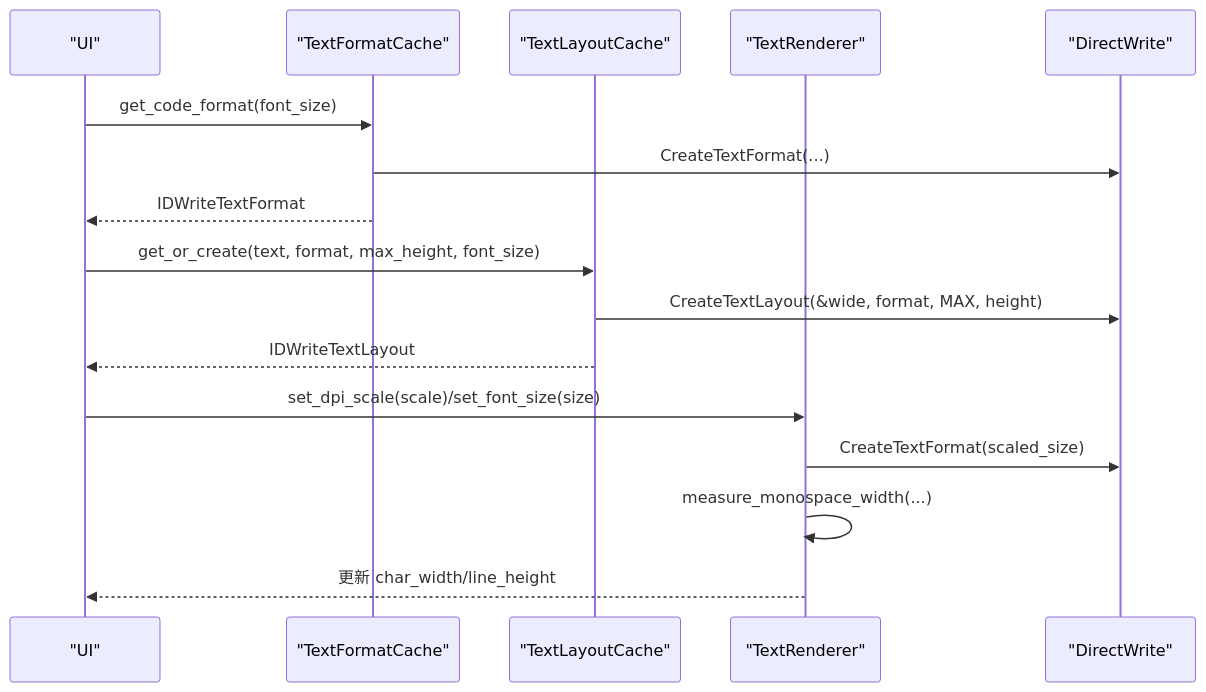
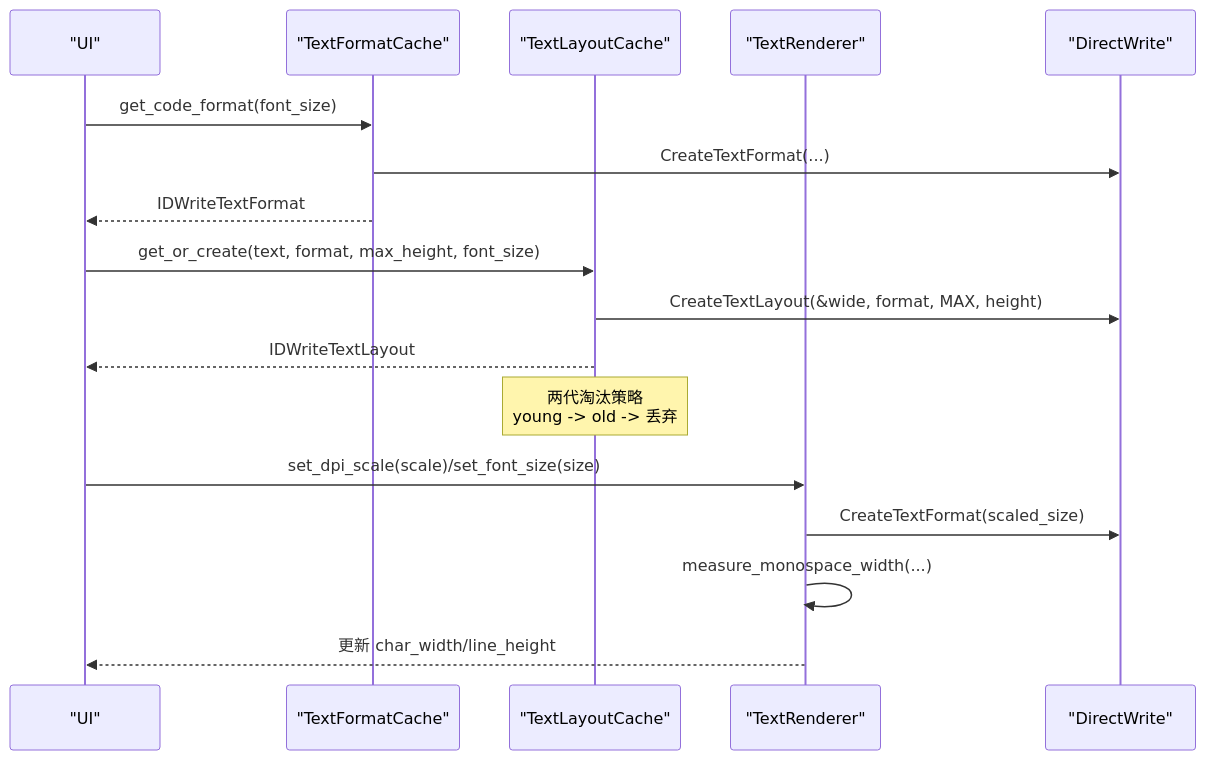
Before and after one commit to aetherstudio-cn/AetherStudio: the fifth of 8 diagrams in .qoder/repowiki/zh/content/渲染引擎/Direct2D 渲染.md, drawn with Mermaid. The commit also changed other lines of this file and 17 other files, not shown here.

````diff
--- a/.qoder/repowiki/zh/content/渲染引擎/Direct2D 渲染.md
+++ b/.qoder/repowiki/zh/content/渲染引擎/Direct2D 渲染.md
@@ -223,18 +236,19 @@
 ```mermaid
 sequenceDiagram
 participant UI as "UI"
 participant TFC as "TextFormatCache"
 participant TLC as "TextLayoutCache"
 participant TR as "TextRenderer"
 participant DW as "DirectWrite"
 UI->>TFC : get_code_format(font_size)
 TFC->>DW : CreateTextFormat(...)
 TFC-->>UI : IDWriteTextFormat
 UI->>TLC : get_or_create(text, format, max_height, font_size)
 TLC->>DW : CreateTextLayout(&wide, format, MAX, height)
 TLC-->>UI : IDWriteTextLayout
+Note over TLC : 两代淘汰策略<br/>young -> old -> 丢弃
 UI->>TR : set_dpi_scale(scale)/set_font_size(size)
 TR->>DW : CreateTextFormat(scaled_size)
 TR->>TR : measure_monospace_width(...)
 TR-->>UI : 更新 char_width/line_height
 ```
````
